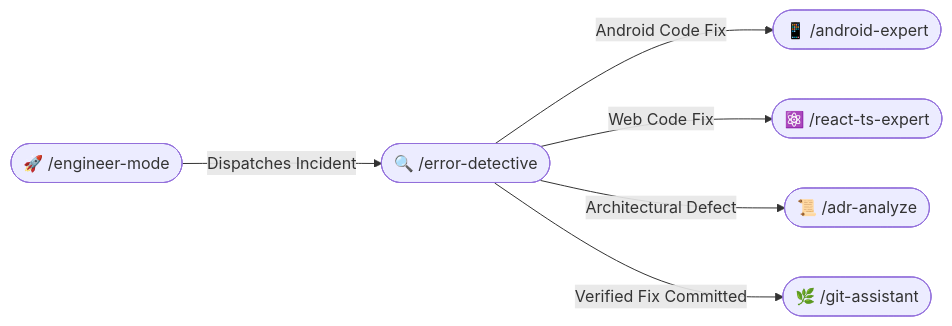
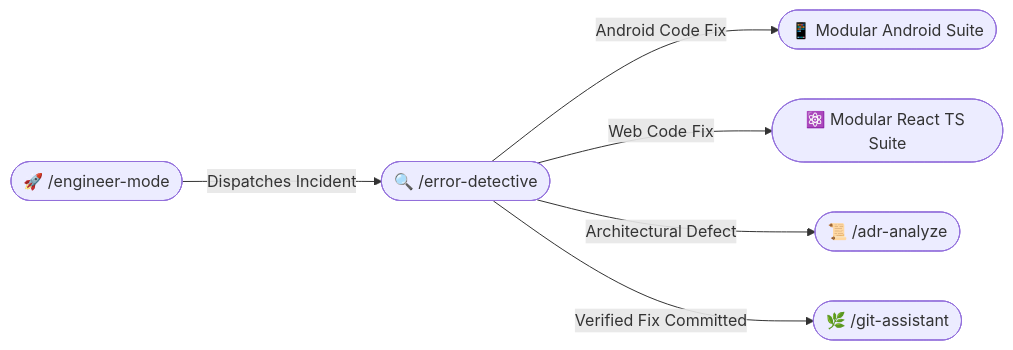
The first of 3 diagrams in diagnostic-skills/error-detective/SKILL.md (RidhwanAF/AI-Agent-Skills), drawn with Mermaid before and after one commit. The commit also changed 17 other files, not shown here.

````diff
--- a/diagnostic-skills/error-detective/SKILL.md
+++ b/diagnostic-skills/error-detective/SKILL.md
@@ -14,16 +14,16 @@
 ```mermaid
 flowchart LR
     ED(["🔍 /error-detective"])
     
     EM(["🚀 /engineer-mode"])
-    AE(["📱 /android-expert"])
-    RE(["⚛️ /react-ts-expert"])
+    AA(["📱 Modular Android Suite"])
+    RA(["⚛️ Modular React TS Suite"])
     ADR(["📜 /adr-analyze"])
     GA(["🌿 /git-assistant"])
 
     EM -->|Dispatches Incident| ED
-    ED -->|Android Code Fix| AE
-    ED -->|Web Code Fix| RE
+    ED -->|Android Code Fix| AA
+    ED -->|Web Code Fix| RA
     ED -->|Architectural Defect| ADR
     ED -->|Verified Fix Committed| GA
 ```
````
